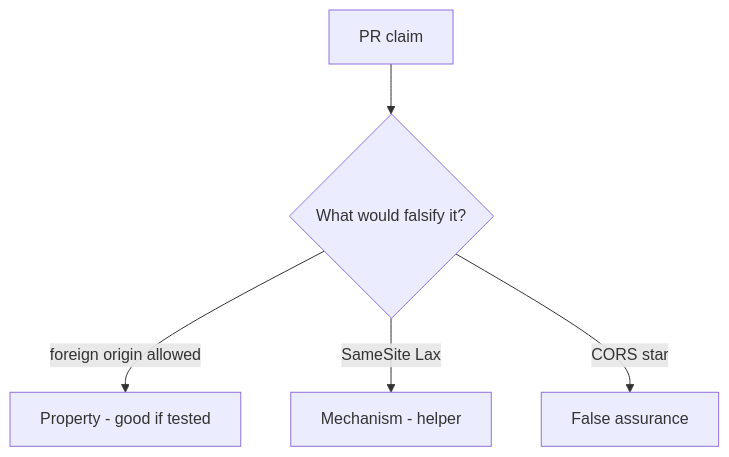
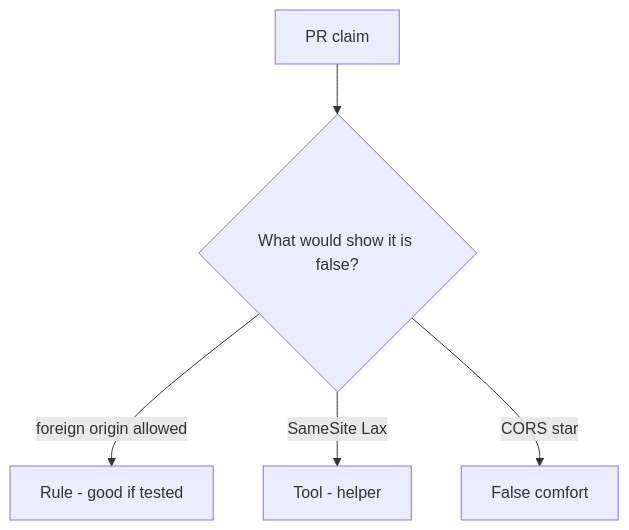
One commit to ishitvagoel/LearnSecurity changed the diagram in content/modules/6/6.3/lessons/08-review.md. Above: the diagram before and after it, drawn with Mermaid. The commit also changed other lines of this file and 55 other files, not shown here.

````diff
--- a/content/modules/6/6.3/lessons/08-review.md
+++ b/content/modules/6/6.3/lessons/08-review.md
@@ -17,7 +18,7 @@
 ```mermaid
 flowchart TD
-  Claim[PR claim] --> Q{"What would falsify it?"}
-  Q -->|"foreign origin allowed"| Property["Property - good if tested"]
-  Q -->|"SameSite Lax"| Mechanism[Mechanism - helper]
-  Q -->|"CORS star"| False[False assurance]
+  Claim[PR claim] --> Q{"What would show it is false?"}
+  Q -->|"foreign origin allowed"| Property["Rule - good if tested"]
+  Q -->|"SameSite Lax"| Mechanism[Tool - helper]
+  Q -->|"CORS star"| False[False comfort]
 ```
````
